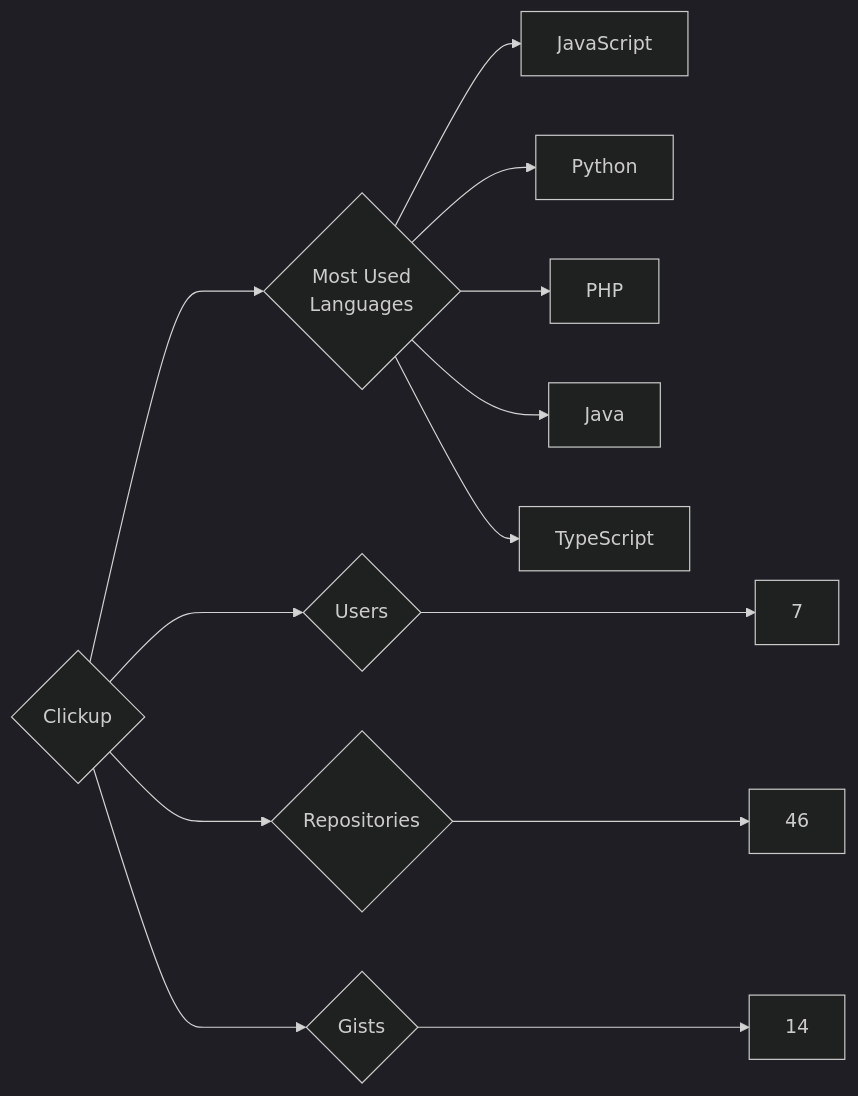
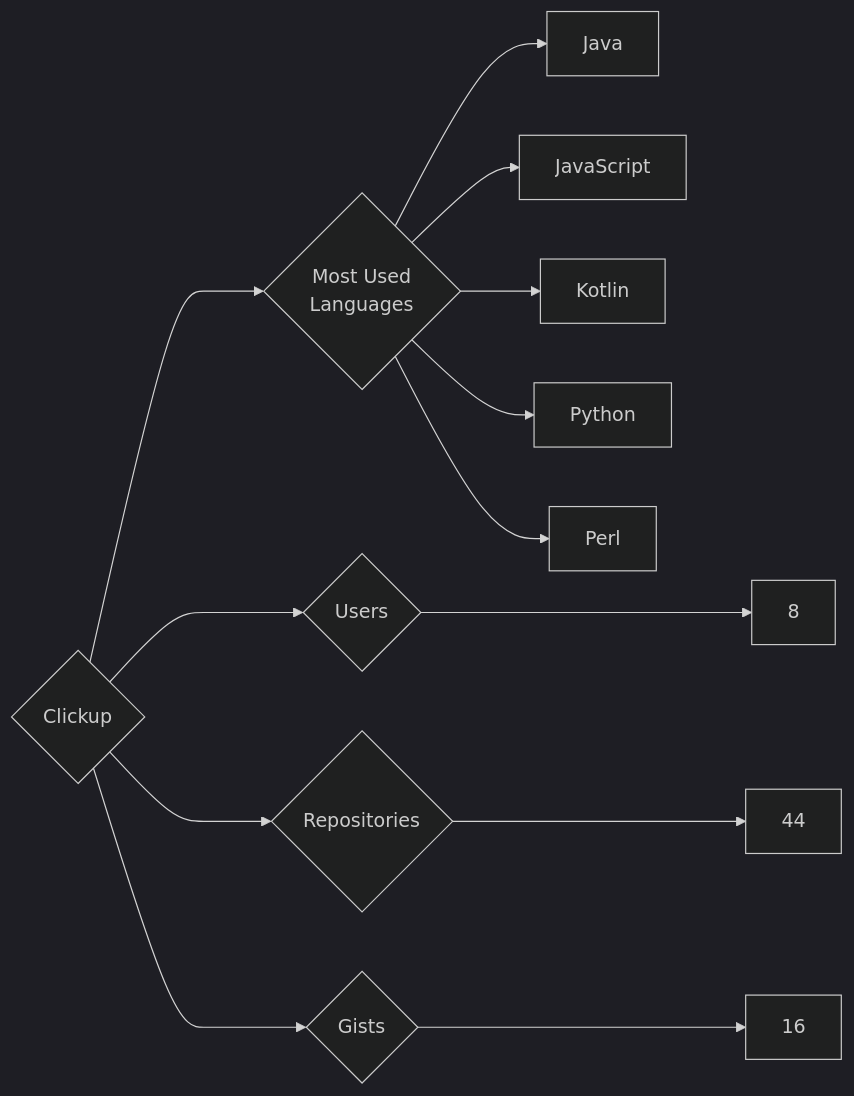
One commit to trickest/insiders changed the diagram in targets/Clickup/README.md. Above: the diagram before and after it, drawn with Mermaid (dark theme). The commit also changed 985 other files, not shown here.

````diff
--- a/targets/Clickup/README.md
+++ b/targets/Clickup/README.md
@@ -3,13 +3,13 @@
 ```mermaid
 graph LR
 COMPANY_NAME{Clickup}
-COMPANY_NAME ---> U{Users} ---> UN[7]
-COMPANY_NAME ---> R{Repositories} ---> RN[46]
-COMPANY_NAME ---> G{Gists} ---> GN[14]
+COMPANY_NAME ---> U{Users} ---> UN[8]
+COMPANY_NAME ---> R{Repositories} ---> RN[44]
+COMPANY_NAME ---> G{Gists} ---> GN[16]
 COMPANY_NAME ---> ML{Most Used<br>Languages}
+ML --> Java[Java]
 ML --> JavaScript[JavaScript]
+ML --> Kotlin[Kotlin]
 ML --> Python[Python]
-ML --> PHP[PHP]
-ML --> Java[Java]
-ML --> TypeScript[TypeScript]
+ML --> Perl[Perl]
 ```
````
